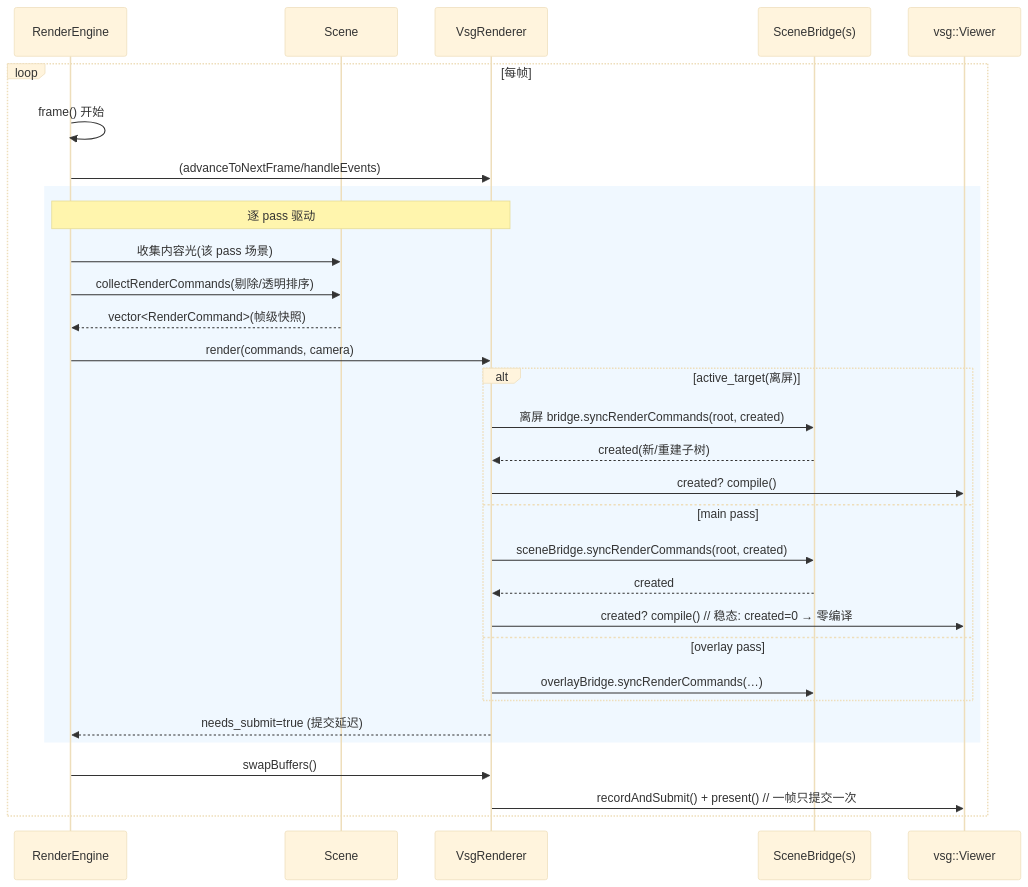
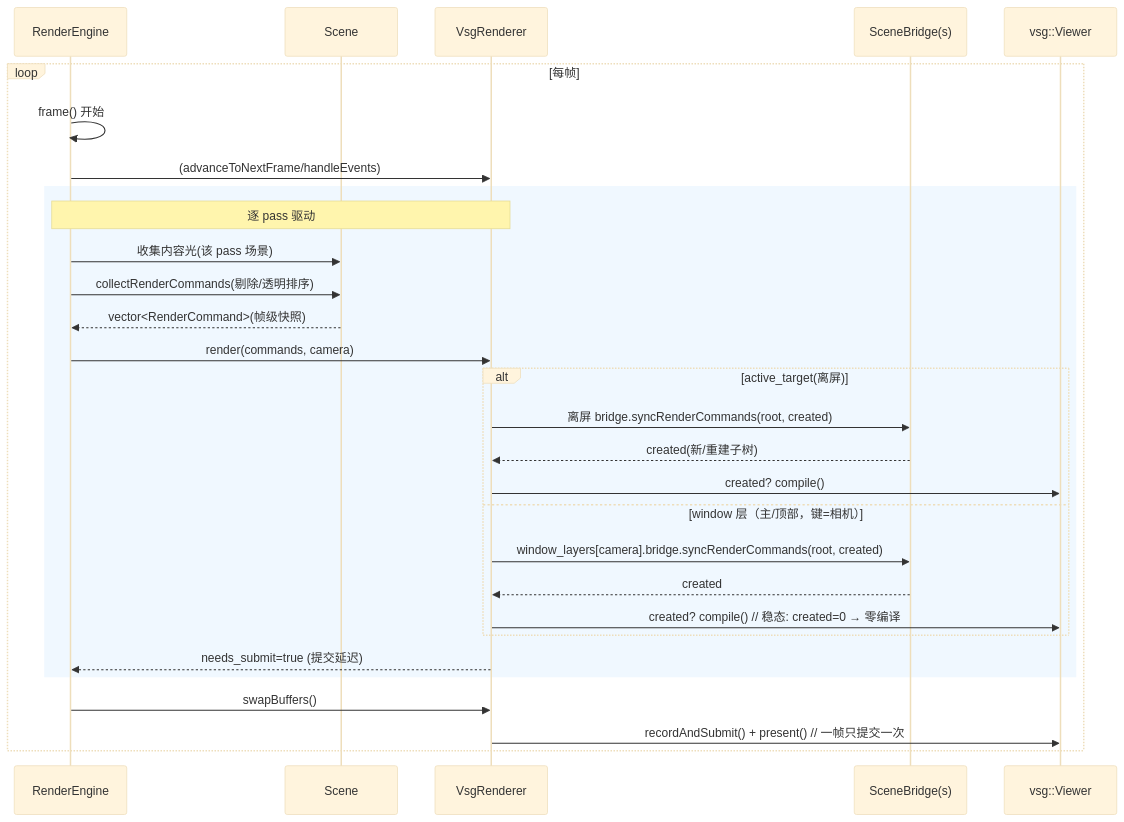
Before and after one commit to zuijiuzhou/Vine: the second of 2 diagrams in src/plugins/gfx_backend_vsg/vine-to-vsg-data-flow.md, drawn with Mermaid (base theme). The commit also changed other lines of this file and 33 other files, not shown here.

Commit message:
GraphicsAPI增强，支持MultiRenderTarget

````diff
--- a/src/plugins/gfx_backend_vsg/vine-to-vsg-data-flow.md
+++ b/src/plugins/gfx_backend_vsg/vine-to-vsg-data-flow.md
@@ -288,34 +290,32 @@
 ```mermaid
 sequenceDiagram
     participant E as RenderEngine
     participant S as Scene
     participant R as VsgRenderer
     participant B as SceneBridge(s)
     participant V as vsg::Viewer
 
     loop 每帧
         E->>E: frame() 开始
         E->>R: (advanceToNextFrame/handleEvents)
         rect rgb(240,248,255)
         note over E,R: 逐 pass 驱动
         E->>S: 收集内容光(该 pass 场景)
         E->>S: collectRenderCommands(剔除/透明排序)
         S-->>E: vector<RenderCommand>(帧级快照)
         E->>R: render(commands, camera)
         alt active_target(离屏)
             R->>B: 离屏 bridge.syncRenderCommands(root, created)
             B-->>R: created(新/重建子树)
             R->>V: created? compile()
-        else main pass
-            R->>B: sceneBridge.syncRenderCommands(root, created)
+        else window 层（主/顶部，键=相机）
+            R->>B: window_layers[camera].bridge.syncRenderCommands(root, created)
             B-->>R: created
             R->>V: created? compile()   // 稳态: created=0 → 零编译
-        else overlay pass
-            R->>B: overlayBridge.syncRenderCommands(…)
         end
         R-->>E: needs_submit=true (提交延迟)
         end
         E->>R: swapBuffers()
         R->>V: recordAndSubmit() + present()   // 一帧只提交一次
     end
 ```
````
